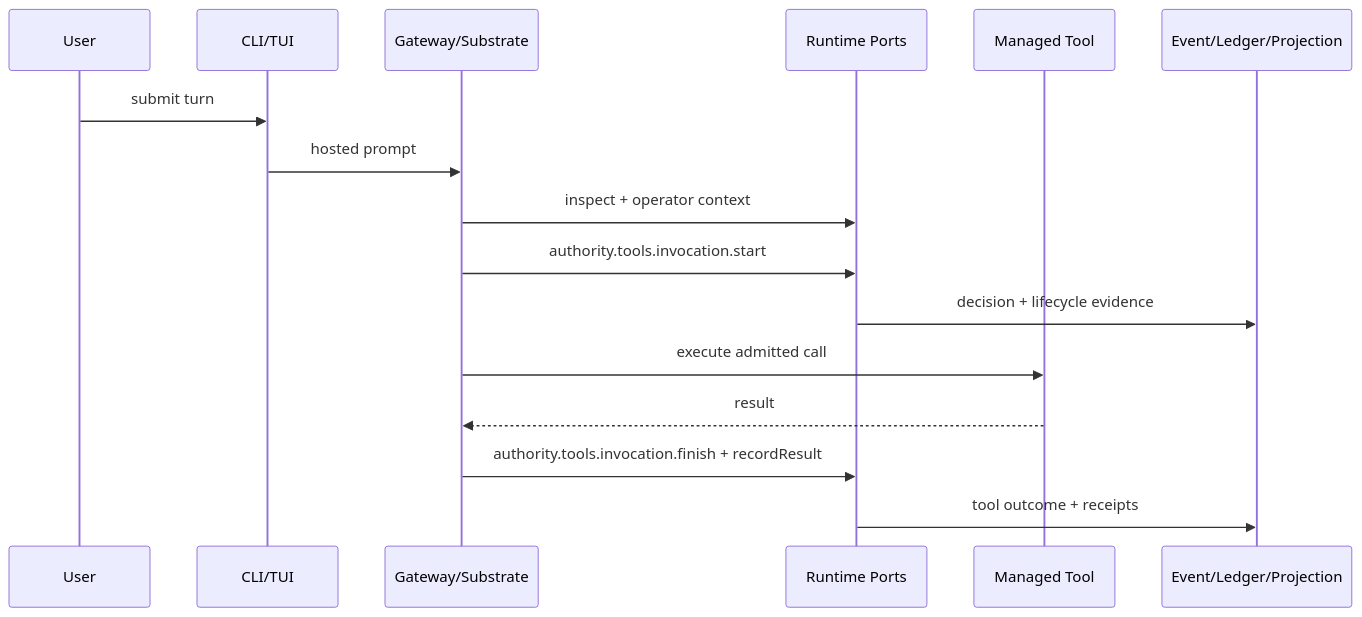
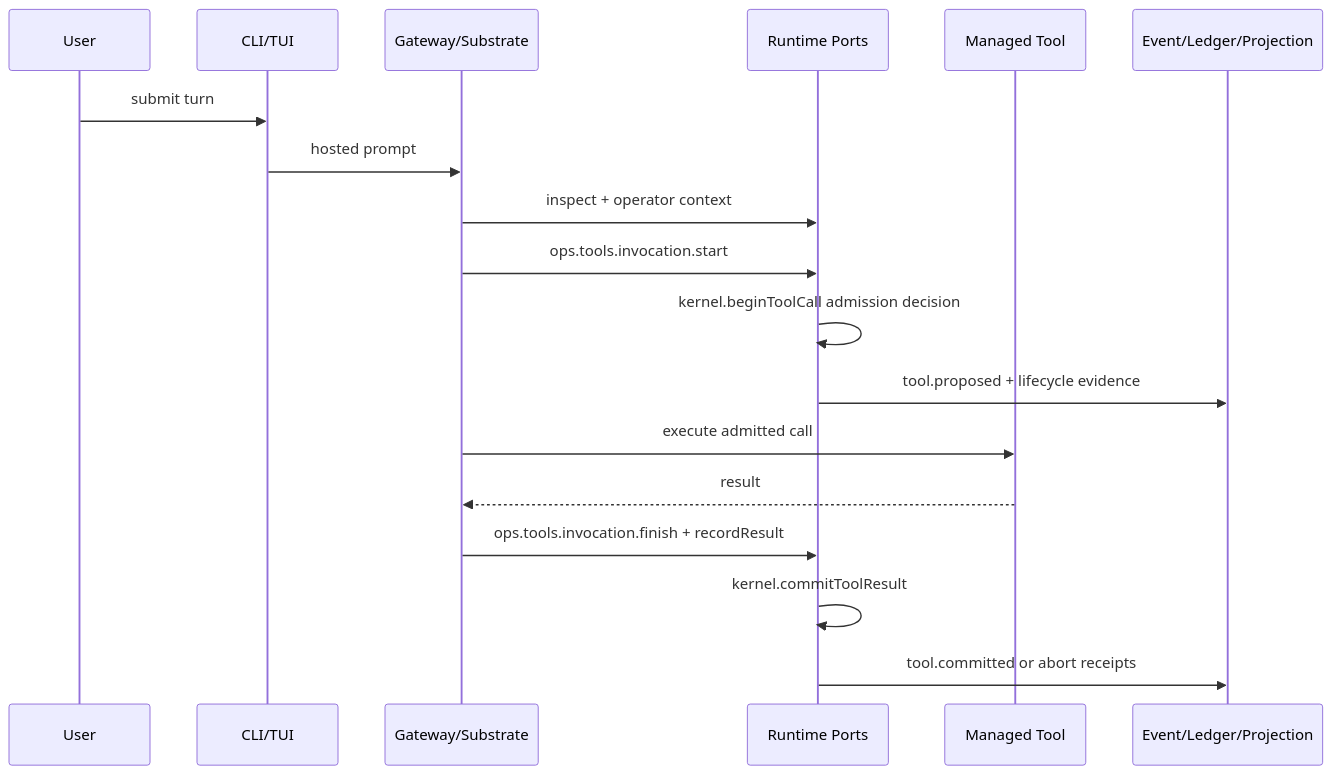
One commit to arcthur/brewva changed the first of 11 diagrams in docs/architecture/control-and-data-flow.md. Above: the diagram before and after it, drawn with Mermaid. The commit also changed 121 other files, not shown here.

````diff
--- a/docs/architecture/control-and-data-flow.md
+++ b/docs/architecture/control-and-data-flow.md
@@ -10,19 +10,21 @@
 ```mermaid
 sequenceDiagram
   participant U as User
   participant CLI as CLI/TUI
   participant GW as Gateway/Substrate
   participant RT as Runtime Ports
   participant TOOL as Managed Tool
   participant STORE as Event/Ledger/Projection
 
   U->>CLI: submit turn
   CLI->>GW: hosted prompt
   GW->>RT: inspect + operator context
-  GW->>RT: authority.tools.invocation.start
-  RT->>STORE: decision + lifecycle evidence
+  GW->>RT: ops.tools.invocation.start
+  RT->>RT: kernel.beginToolCall admission decision
+  RT->>STORE: tool.proposed + lifecycle evidence
   GW->>TOOL: execute admitted call
   TOOL-->>GW: result
-  GW->>RT: authority.tools.invocation.finish + recordResult
-  RT->>STORE: tool outcome + receipts
+  GW->>RT: ops.tools.invocation.finish + recordResult
+  RT->>RT: kernel.commitToolResult
+  RT->>STORE: tool.committed or abort receipts
 ```
````
